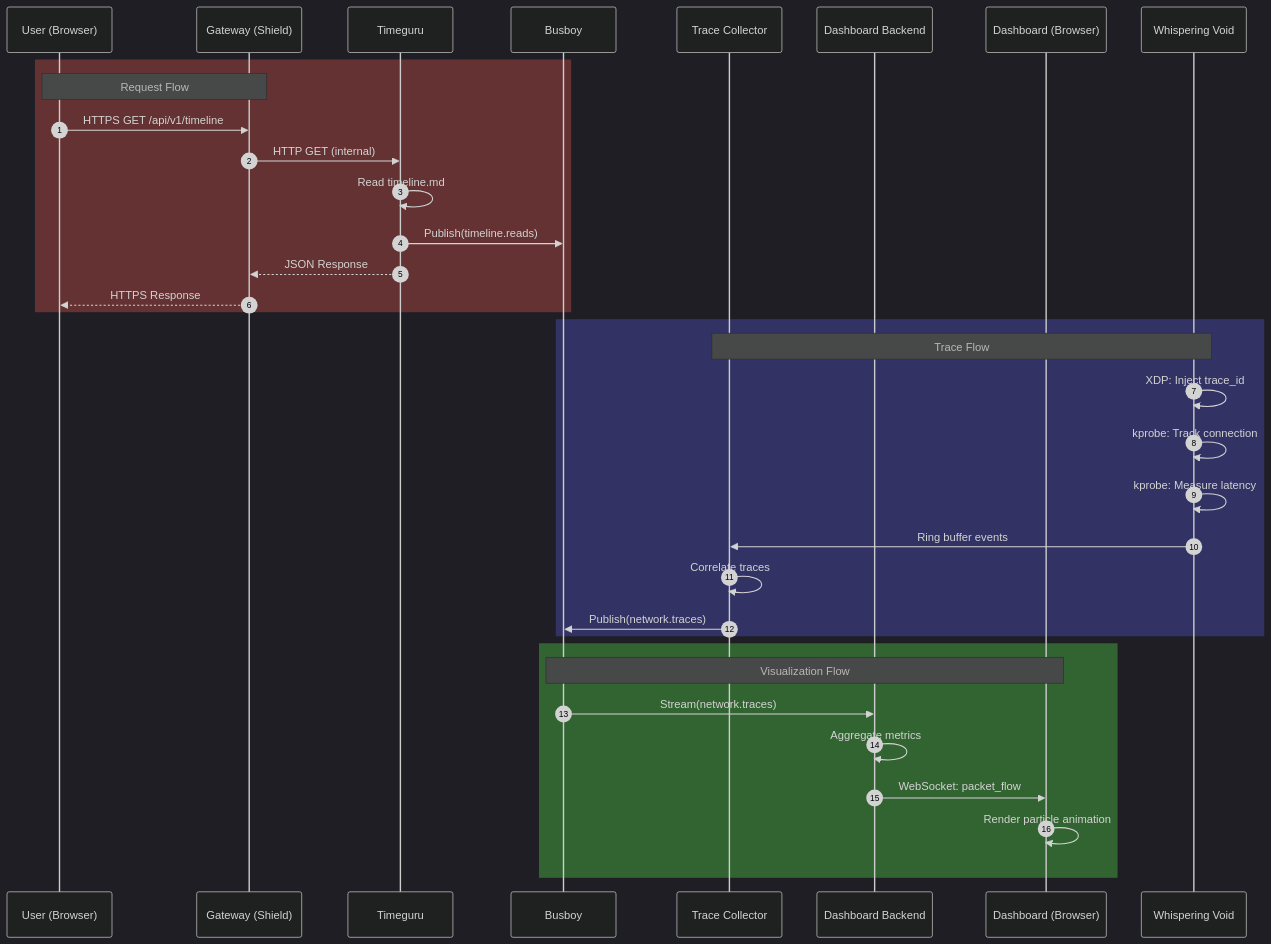
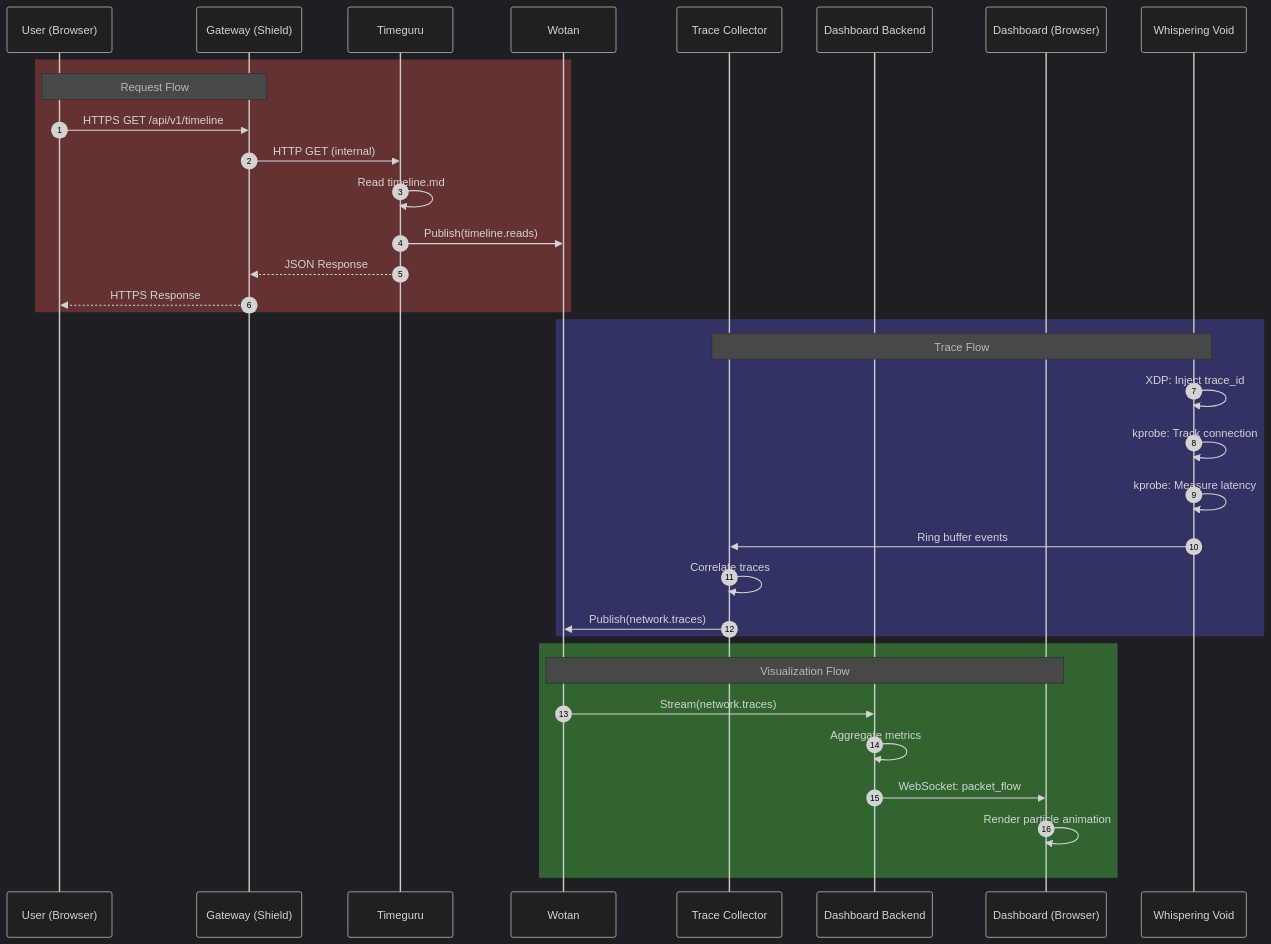
Before and after one commit to unheaded/unheaded: the fifth of 6 diagrams in docs/KINGDOM_ARCHITECTURE.md, drawn with Mermaid. The commit also changed other lines of this file and 208 other files, not shown here.

First line of the commit message:
refactor: busboy → wotan content replacement across all existing files

````diff
--- a/docs/KINGDOM_ARCHITECTURE.md
+++ b/docs/KINGDOM_ARCHITECTURE.md
@@ -1391,41 +1391,41 @@
 ```mermaid
 %%{init: {'theme': 'dark'}}%%
 sequenceDiagram
     autonumber
     participant U as User (Browser)
     participant GW as Gateway (Shield)
     participant TG as Timeguru
-    participant BB as Busboy
+    participant BB as Wotan
     participant TC as Trace Collector
     participant DB as Dashboard Backend
     participant D as Dashboard (Browser)
     participant eBPF as Whispering Void
 
     rect rgb(100, 50, 50)
         Note over U,GW: Request Flow
         U->>GW: HTTPS GET /api/v1/timeline
         GW->>TG: HTTP GET (internal)
         TG->>TG: Read timeline.md
         TG->>BB: Publish(timeline.reads)
         TG-->>GW: JSON Response
         GW-->>U: HTTPS Response
     end
 
     rect rgb(50, 50, 100)
         Note over eBPF,TC: Trace Flow
         eBPF->>eBPF: XDP: Inject trace_id
         eBPF->>eBPF: kprobe: Track connection
         eBPF->>eBPF: kprobe: Measure latency
         eBPF->>TC: Ring buffer events
         TC->>TC: Correlate traces
         TC->>BB: Publish(network.traces)
     end
 
     rect rgb(50, 100, 50)
         Note over BB,D: Visualization Flow
         BB->>DB: Stream(network.traces)
         DB->>DB: Aggregate metrics
         DB->>D: WebSocket: packet_flow
         D->>D: Render particle animation
     end
 ```
````
